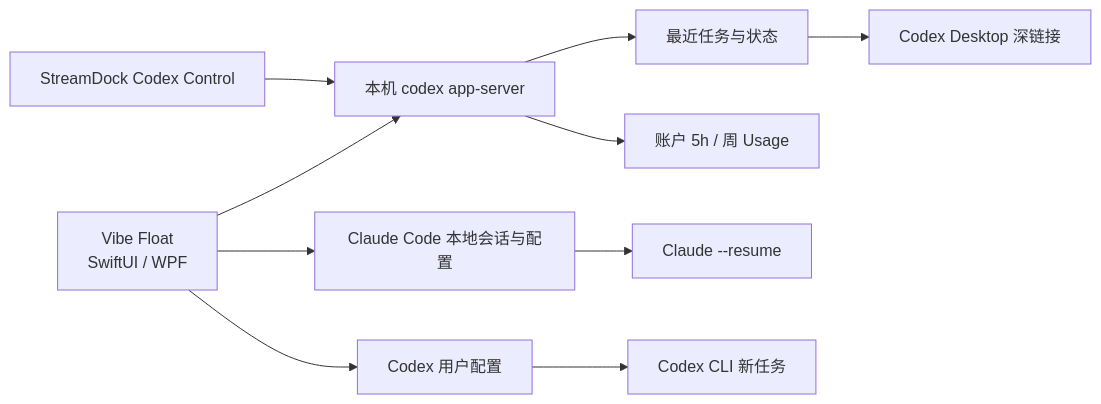
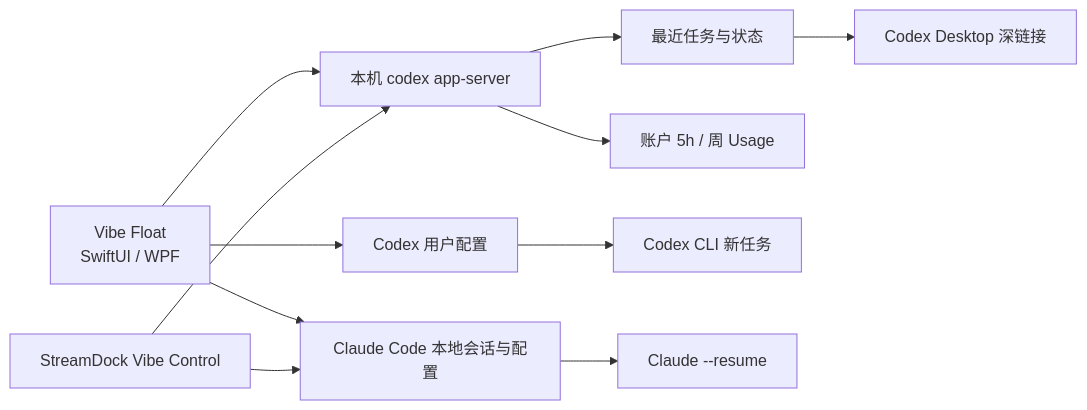
One commit to saheru/vibe-float changed the diagram in README.md. Above: the diagram before and after it, drawn with Mermaid. The commit also changed other lines of this file and 22 other files, not shown here.

Commit message:
feat: add Claude support to StreamDock control

````diff
--- a/README.md
+++ b/README.md
@@ -102,12 +102,13 @@
 ```mermaid
 flowchart LR
     Float["Vibe Float<br/>SwiftUI / WPF"] --> AS["本机 codex app-server"]
     Float --> Claude["Claude Code 本地会话与配置"]
     AS --> Threads["最近任务与状态"]
     AS --> Limits["账户 5h / 周 Usage"]
     Float --> Config["Codex 用户配置"]
     Config --> CLI["Codex CLI 新任务"]
     Threads --> Desktop["Codex Desktop 深链接"]
     Claude --> Resume["Claude --resume"]
-    Dock["StreamDock Codex Control"] --> AS
+    Dock["StreamDock Vibe Control"] --> AS
+    Dock --> Claude
 ```
````
